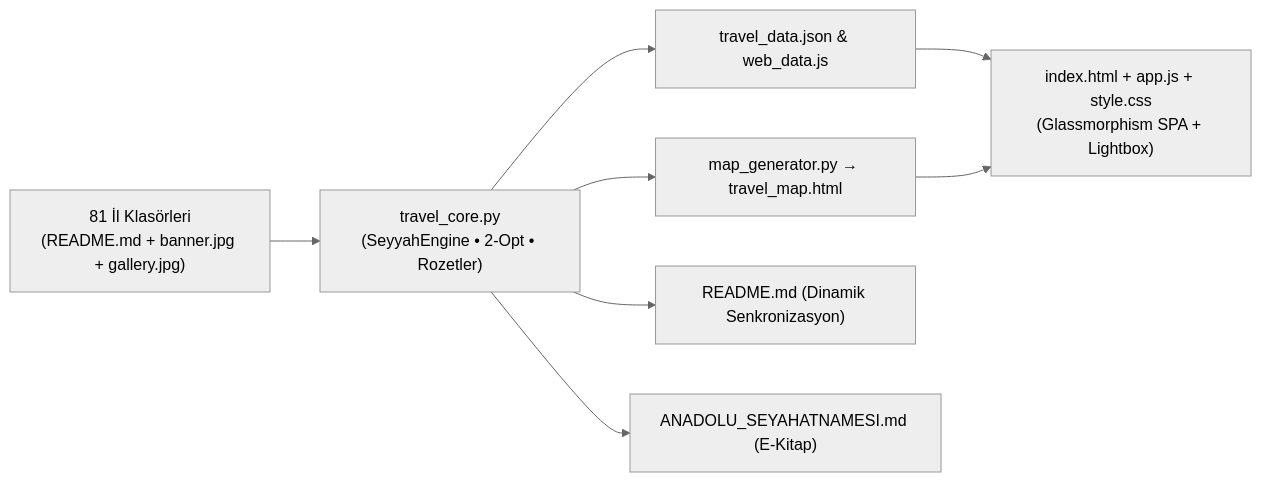
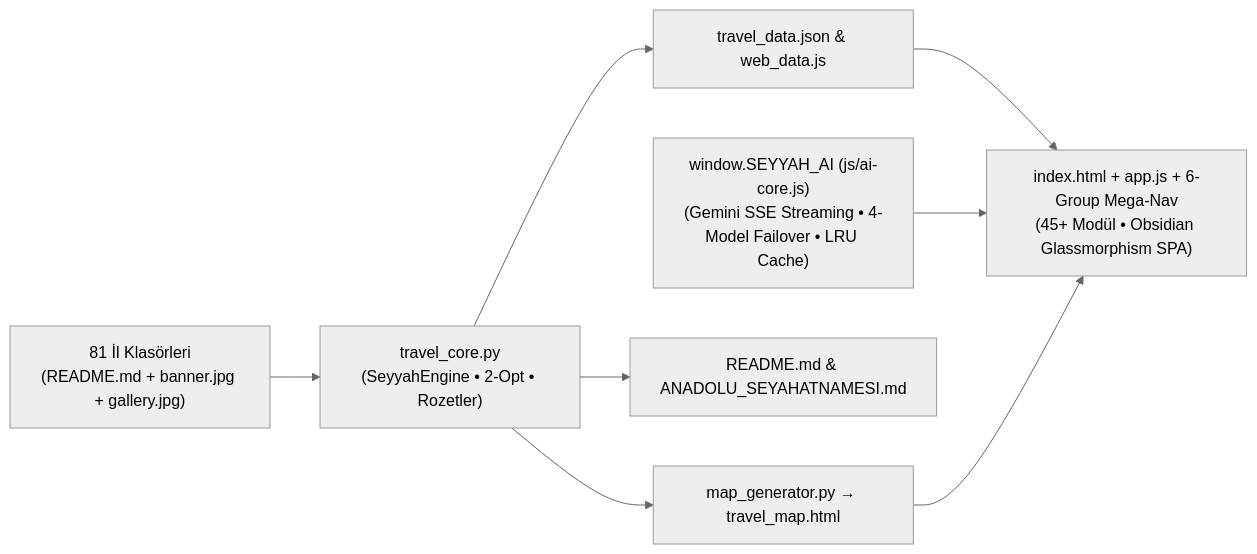
One commit to bahattinyunus/dijitalseyyah changed the diagram in README.md. Above: the diagram before and after it, drawn with Mermaid (neutral theme). The commit also changed other lines of this file, not shown here.

Commit message:
docs(readme): update README with GitHub Pages live portal, Wave 4-6 AI-Native architecture, 6-Group Mega-Nav & 45+ interactive modules

````diff
--- a/README.md
+++ b/README.md
@@ -356,10 +373,10 @@
 ```mermaid
 flowchart LR
     A["81 İl Klasörleri\n(README.md + banner.jpg + gallery.jpg)"] --> B["travel_core.py\n(SeyyahEngine • 2-Opt • Rozetler)"]
     B --> C["travel_data.json & web_data.js"]
     B --> D["map_generator.py → travel_map.html"]
-    B --> E["README.md (Dinamik Senkronizasyon)"]
-    B --> F["ANADOLU_SEYAHATNAMESI.md (E-Kitap)"]
-    C --> G["index.html + app.js + style.css\n(Glassmorphism SPA + Lightbox)"]
+    B --> E["README.md & ANADOLU_SEYAHATNAMESI.md"]
+    C --> G["index.html + app.js + 6-Group Mega-Nav\n(45+ Modül • Obsidian Glassmorphism SPA)"]
+    H["window.SEYYAH_AI (js/ai-core.js)\n(Gemini SSE Streaming • 4-Model Failover • LRU Cache)"] --> G
     D --> G
 ```
````
